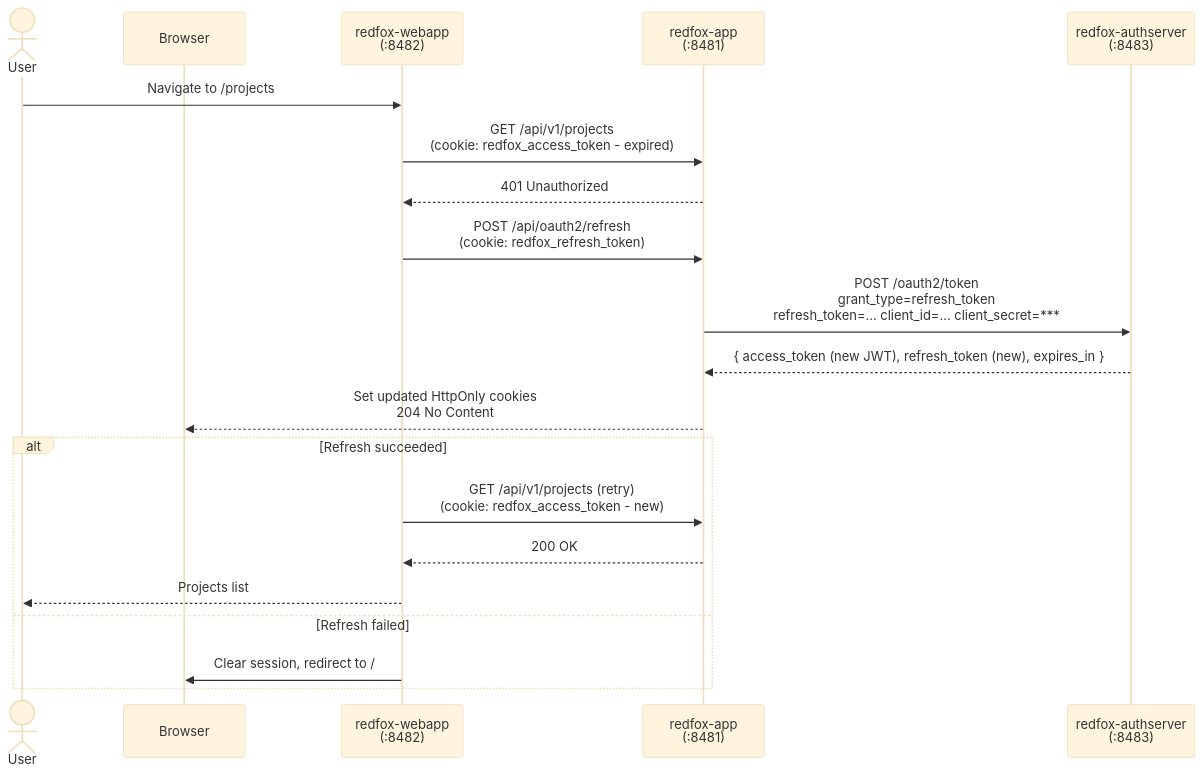
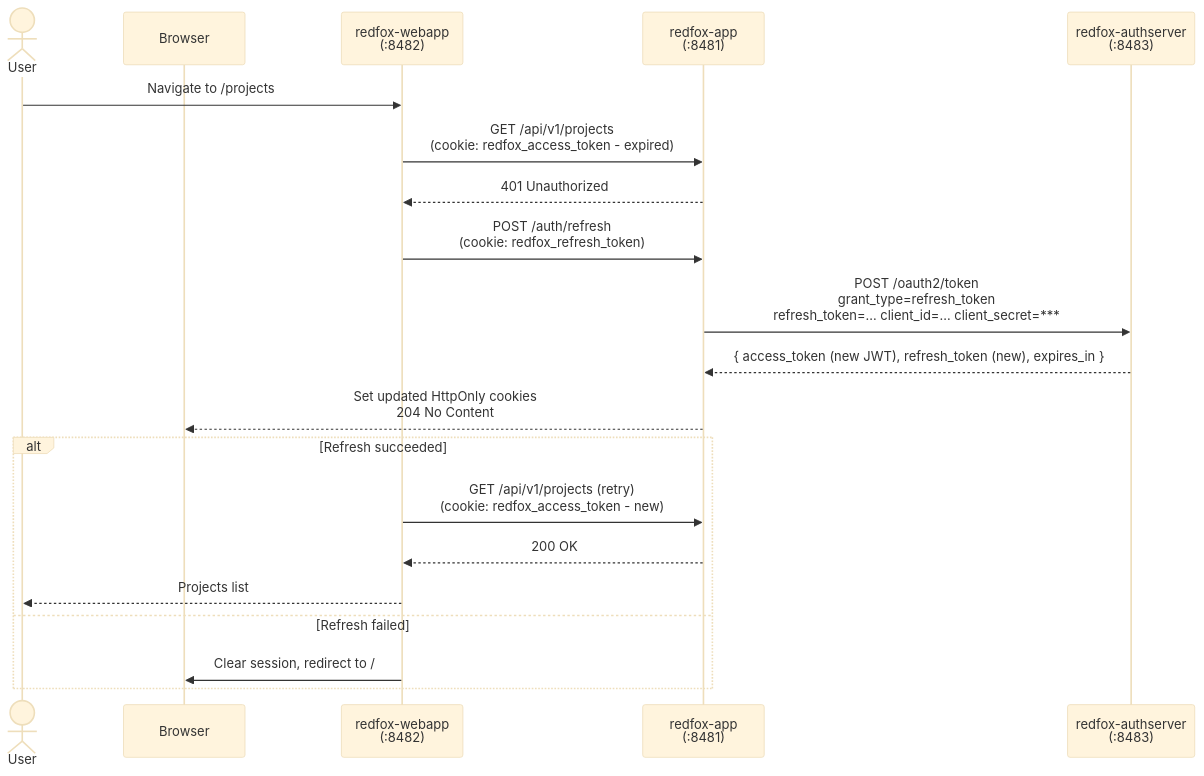
Before and after one commit to malczuuu/redfox-project: the second of 2 diagrams in README.md, drawn with Mermaid (base theme). The commit also changed other lines of this file and 14 other files, not shown here.

````diff
--- a/README.md
+++ b/README.md
@@ -50,24 +50,24 @@
 ```mermaid
 sequenceDiagram
     actor User
     participant Browser
     participant webapp as redfox-webapp<br/>(:8482)
     participant app as redfox-app<br/>(:8481)
     participant auth as redfox-authserver<br/>(:8483)
 
     User->>webapp: Navigate to /projects
     webapp->>app: GET /api/v1/projects<br/>(cookie: redfox_access_token - expired)
     app-->>webapp: 401 Unauthorized
-    webapp->>app: POST /api/oauth2/refresh<br/>(cookie: redfox_refresh_token)
+    webapp->>app: POST /auth/refresh<br/>(cookie: redfox_refresh_token)
     app->>auth: POST /oauth2/token<br/>grant_type=refresh_token<br/>refresh_token=… client_id=… client_secret=***
     auth-->>app: { access_token (new JWT), refresh_token (new), expires_in }
     app-->>Browser: Set updated HttpOnly cookies<br/>204 No Content
 
     alt Refresh succeeded
         webapp->>app: GET /api/v1/projects (retry)<br/>(cookie: redfox_access_token - new)
         app-->>webapp: 200 OK
         webapp-->>User: Projects list
     else Refresh failed
         webapp->>Browser: Clear session, redirect to /
     end
 ```
````
